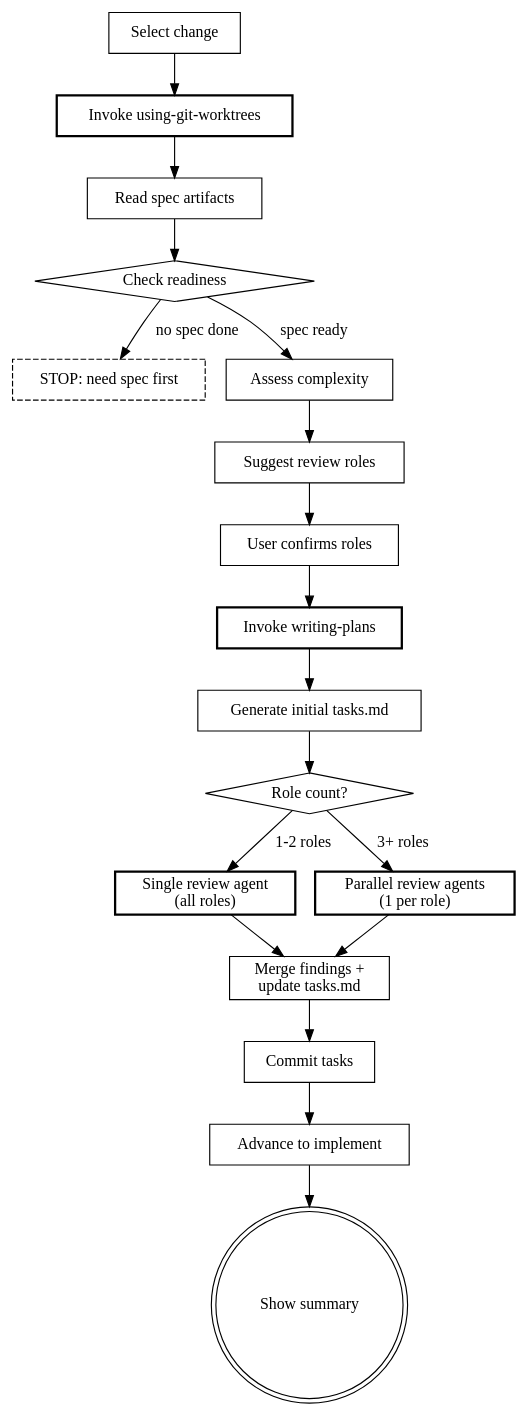
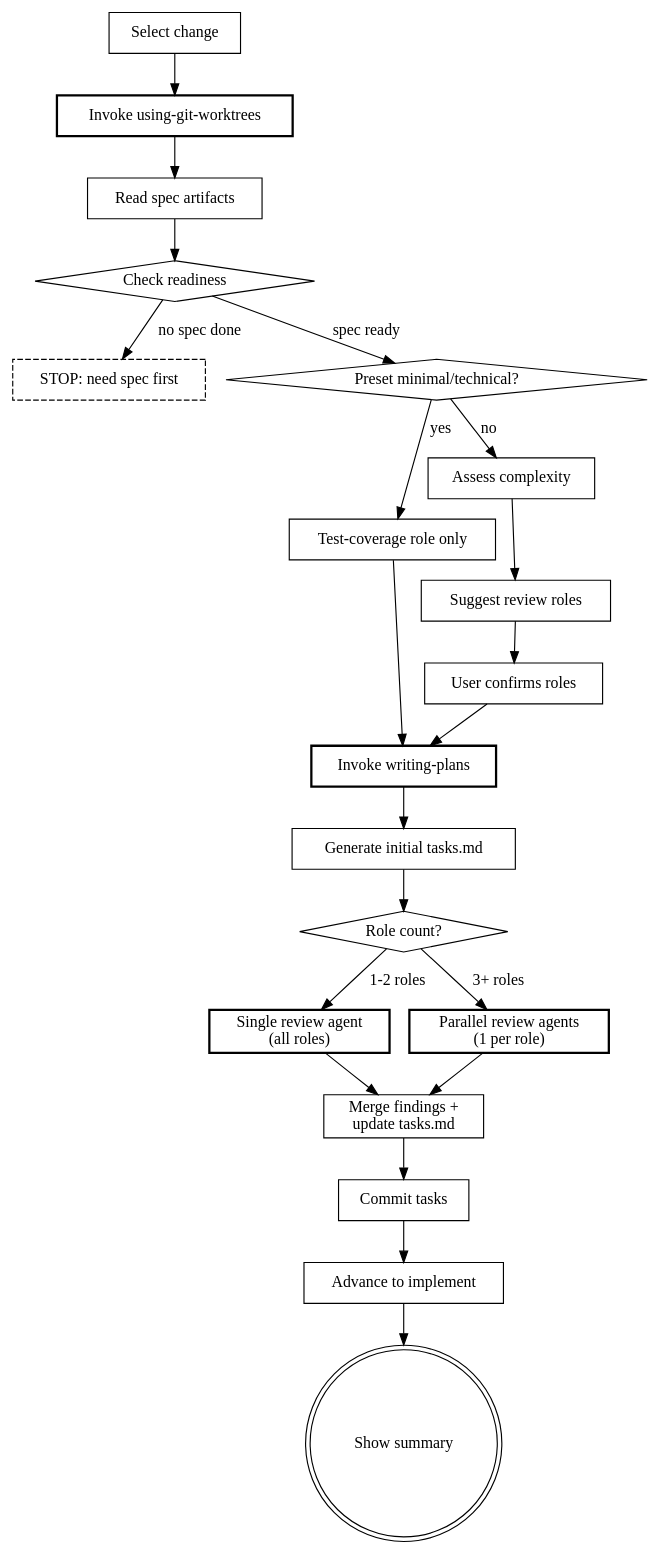
One commit to kirkchen/beat changed the diagram in skills/plan/SKILL.md. Above: the diagram before and after it, drawn with Graphviz. The commit also changed 14 other files, not shown here.

First line of the commit message:
refactor(skills): harden topology changes — flowcharts, red flags, descriptions

````diff
--- a/skills/plan/SKILL.md
+++ b/skills/plan/SKILL.md
@@ -77,39 +77,44 @@
 ```dot
 digraph plan {
     "Select change" [shape=box];
     "Invoke using-git-worktrees" [shape=box, style=bold];
     "Read spec artifacts" [shape=box];
     "Check readiness" [shape=diamond];
     "STOP: need spec first" [shape=box, style=dashed];
+    "Preset minimal/technical?" [shape=diamond];
+    "Test-coverage role only" [shape=box];
     "Assess complexity" [shape=box];
     "Suggest review roles" [shape=box];
     "User confirms roles" [shape=box];
     "Invoke writing-plans" [shape=box, style=bold];
     "Generate initial tasks.md" [shape=box];
     "Role count?" [shape=diamond];
     "Single review agent\n(all roles)" [shape=box, style=bold];
     "Parallel review agents\n(1 per role)" [shape=box, style=bold];
     "Merge findings +\nupdate tasks.md" [shape=box];
     "Advance to implement" [shape=box];
     "Show summary" [shape=doublecircle];
 
     "Select change" -> "Invoke using-git-worktrees";
     "Invoke using-git-worktrees" -> "Read spec artifacts";
     "Read spec artifacts" -> "Check readiness";
     "Check readiness" -> "STOP: need spec first" [label="no spec done"];
-    "Check readiness" -> "Assess complexity" [label="spec ready"];
+    "Check readiness" -> "Preset minimal/technical?" [label="spec ready"];
+    "Preset minimal/technical?" -> "Test-coverage role only" [label="yes"];
+    "Preset minimal/technical?" -> "Assess complexity" [label="no"];
+    "Test-coverage role only" -> "Invoke writing-plans";
     "Assess complexity" -> "Suggest review roles";
     "Suggest review roles" -> "User confirms roles";
     "User confirms roles" -> "Invoke writing-plans";
     "Invoke writing-plans" -> "Generate initial tasks.md";
     "Generate initial tasks.md" -> "Role count?";
     "Role count?" -> "Single review agent\n(all roles)" [label="1-2 roles"];
     "Role count?" -> "Parallel review agents\n(1 per role)" [label="3+ roles"];
     "Single review agent\n(all roles)" -> "Merge findings +\nupdate tasks.md";
     "Parallel review agents\n(1 per role)" -> "Merge findings +\nupdate tasks.md";
     "Merge findings +\nupdate tasks.md" -> "Commit tasks";
     "Commit tasks" [shape=box];
     "Commit tasks" -> "Advance to implement";
     "Advance to implement" -> "Show summary";
 }
 ```
````
